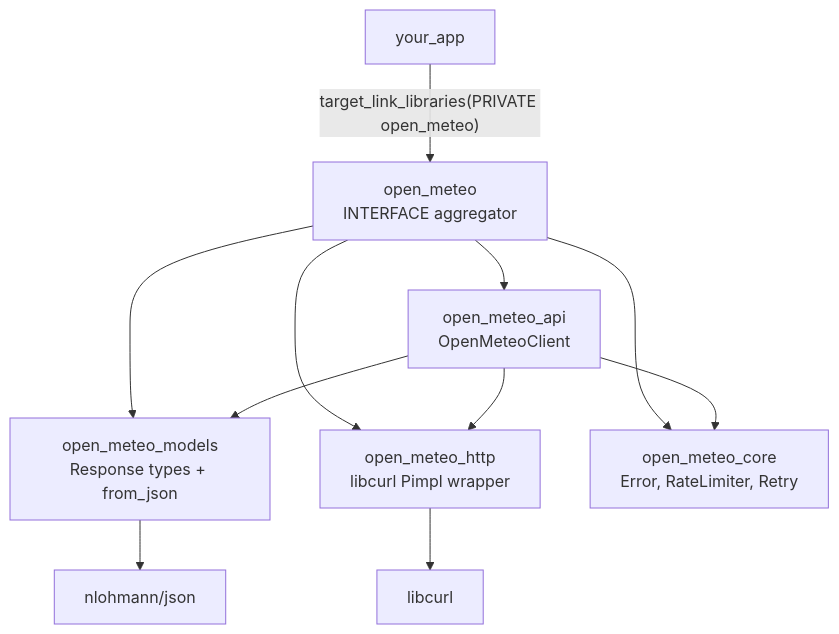
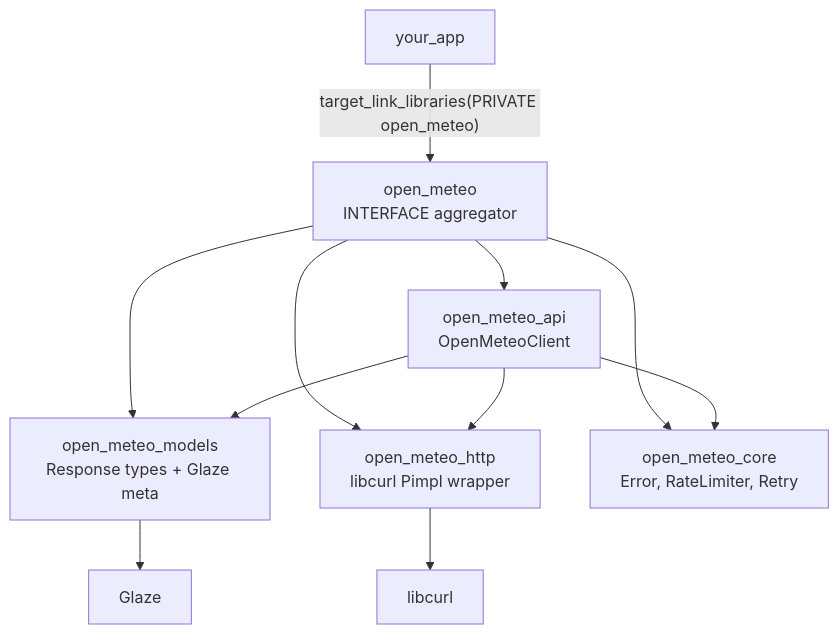
The first of 2 diagrams in README.md (Reddimus/open-meteo-cpp), drawn with Mermaid before and after one commit. The commit also changed other lines of this file and 1 other file, not shown here.

Commit message:
docs: scrub stale nlohmann/from_json references post-Glaze migration (#13)
CLAUDE.md and README.md still claimed `from_json` / nlohmann/json in
several places — the v0.2.0 Glaze cutover (2026-05-12, CHANGELOG entry)
removed both. Update:

- CLAUDE.md: replace the `from_json` Conventions bullet with the actual
  `deserialize_*(std::string_view, T&) -> Result<void>` surface from
  `include/open_meteo/models/common.hpp` + sibling `*.hpp` files.
- README.md architecture mermaid: `Response types + from_json` →
  `Response types + Glaze meta`; `D --> H[nlohmann/json]` →
  `D --> H[Glaze]`.
- README.md Dependencies table: nlohmann row replaced with Glaze v7.6.0
  + 4x speedup callout.
- README.md References list: nlohmann link replaced with Glaze link +
  v0.2.0 migration date.

No code or behavior change. Existing CHANGELOG entry already describes
the migration accurately — these edits bring the front-door docs in
line.

````diff
--- a/README.md
+++ b/README.md
@@ -139,13 +139,13 @@
 ```mermaid
 graph TD
     A[your_app] -->|"target_link_libraries(PRIVATE open_meteo)"| B[open_meteo<br/>INTERFACE aggregator]
     B --> C[open_meteo_api<br/>OpenMeteoClient]
-    B --> D[open_meteo_models<br/>Response types + from_json]
+    B --> D[open_meteo_models<br/>Response types + Glaze meta]
     B --> E[open_meteo_http<br/>libcurl Pimpl wrapper]
     B --> F[open_meteo_core<br/>Error, RateLimiter, Retry]
     C --> D
     C --> E
     C --> F
     E --> G[libcurl]
-    D --> H[nlohmann/json]
+    D --> H[Glaze]
 ```
````
